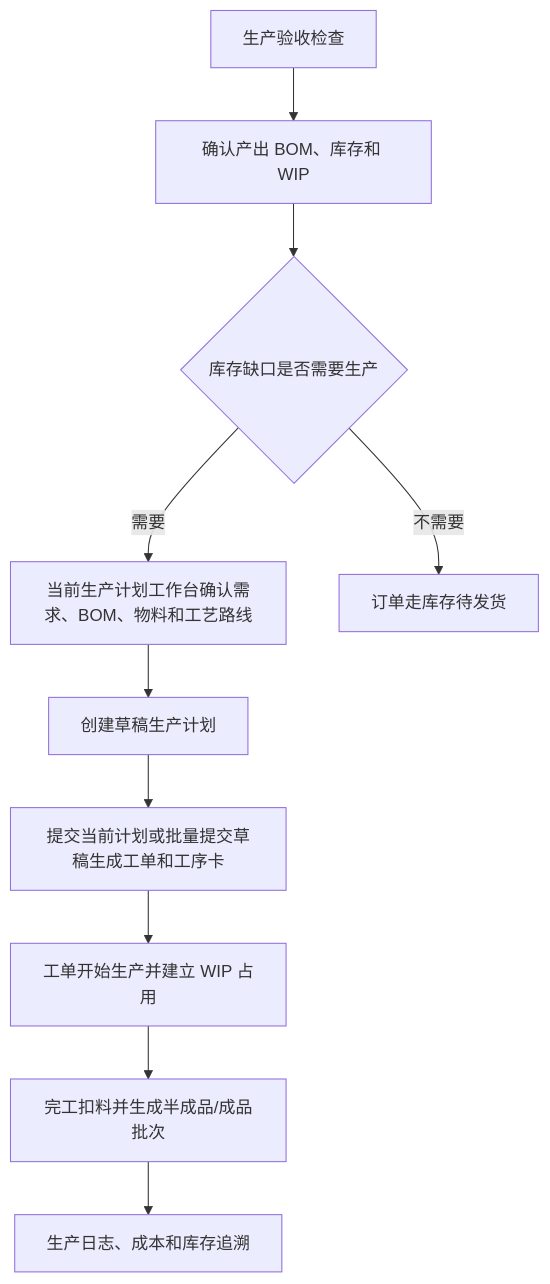
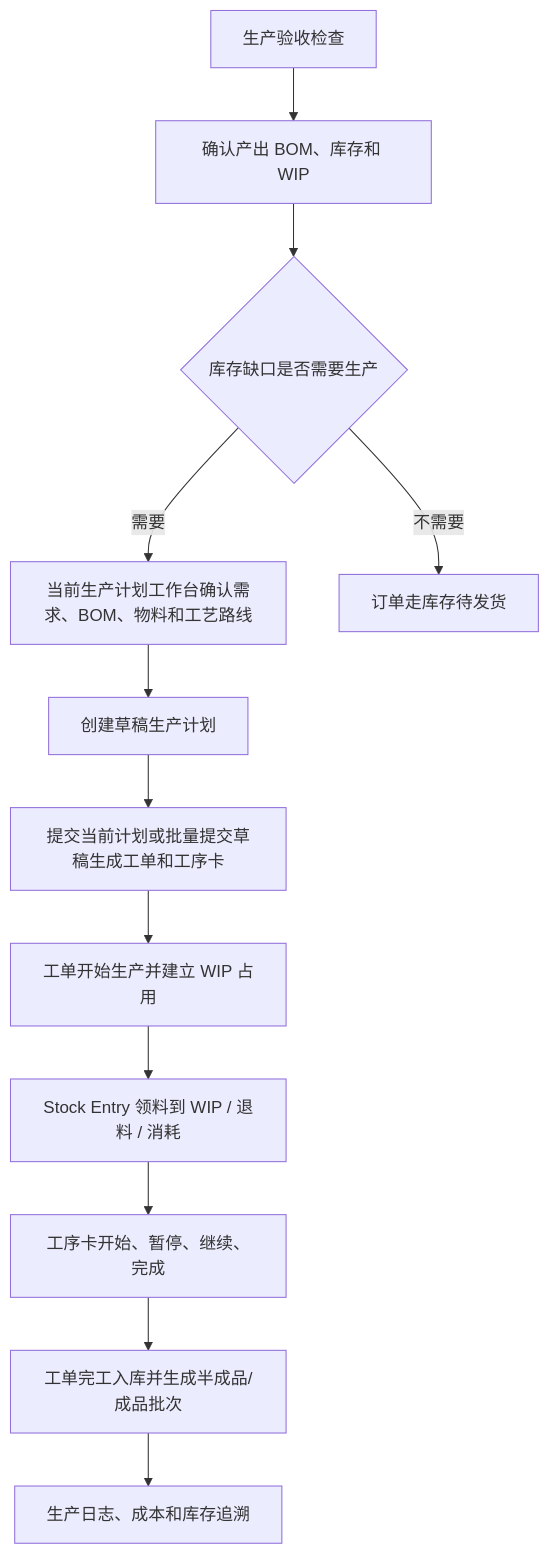
The diagram in orderapp-remote/docs/OP_MANUAL_PRODUCTION.md (Backstage2539/KFerp), drawn with Mermaid before and after one commit. The commit also changed other lines of this file and 29 other files, not shown here.

````diff
--- a/orderapp-remote/docs/OP_MANUAL_PRODUCTION.md
+++ b/orderapp-remote/docs/OP_MANUAL_PRODUCTION.md
@@ -15,12 +15,14 @@
 ```mermaid
 flowchart TD
   A["生产验收检查"] --> B["确认产出 BOM、库存和 WIP"]
   B --> C{"库存缺口是否需要生产"}
   C -->|需要| D["当前生产计划工作台确认需求、BOM、物料和工艺路线"]
   C -->|不需要| E["订单走库存待发货"]
   D --> F["创建草稿生产计划"]
   F --> J["提交当前计划或批量提交草稿生成工单和工序卡"]
   J --> I["工单开始生产并建立 WIP 占用"]
-  I --> G["完工扣料并生成半成品/成品批次"]
+  I --> K["Stock Entry 领料到 WIP / 退料 / 消耗"]
+  K --> L["工序卡开始、暂停、继续、完成"]
+  L --> G["工单完工入库并生成半成品/成品批次"]
   G --> H["生产日志、成本和库存追溯"]
 ```
````
